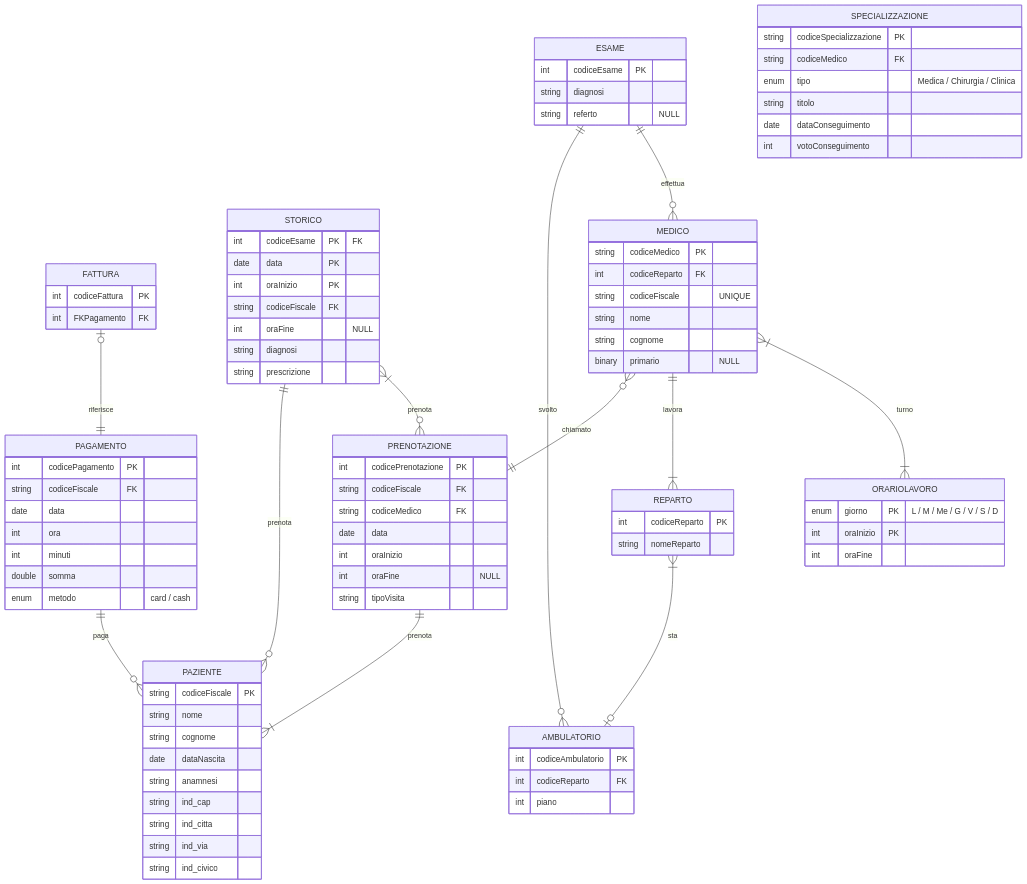
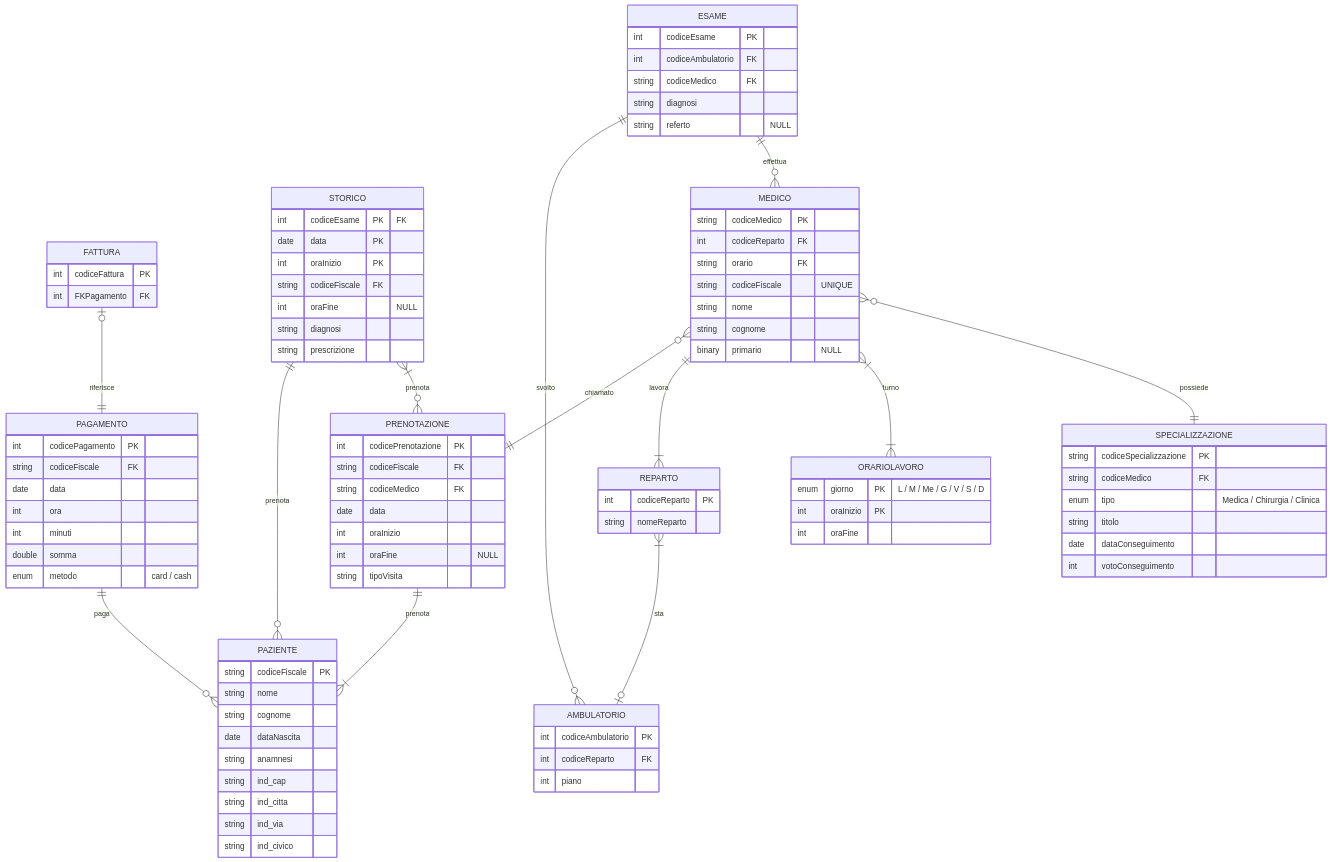
Before and after one commit to satuscano/Progetto-Informatica-Tuscano: the diagram in README.md, drawn with Mermaid.

Commit message:
15/12/25 15:56

```diff
--- a/README.md
+++ b/README.md
@@ -42,6 +42,7 @@
         ESAME ||--o{ AMBULATORIO : svolto
         ESAME ||--o{ MEDICO : effettua
         MEDICO |{--|{ ORARIOLAVORO : turno
+        MEDICO o{--|| SPECIALIZZAZIONE : possiede
 
         FATTURA {
             int codiceFattura PK
@@ -93,6 +94,7 @@
         MEDICO {
             string codiceMedico PK
             int codiceReparto FK
+            string orario FK
             string codiceFiscale "UNIQUE"
             string nome
             string cognome
@@ -112,6 +114,8 @@
 
         ESAME {
             int codiceEsame PK
+            int codiceAmbulatorio FK
+            string codiceMedico FK
             string diagnosi
             string referto "NULL"
         }
```
